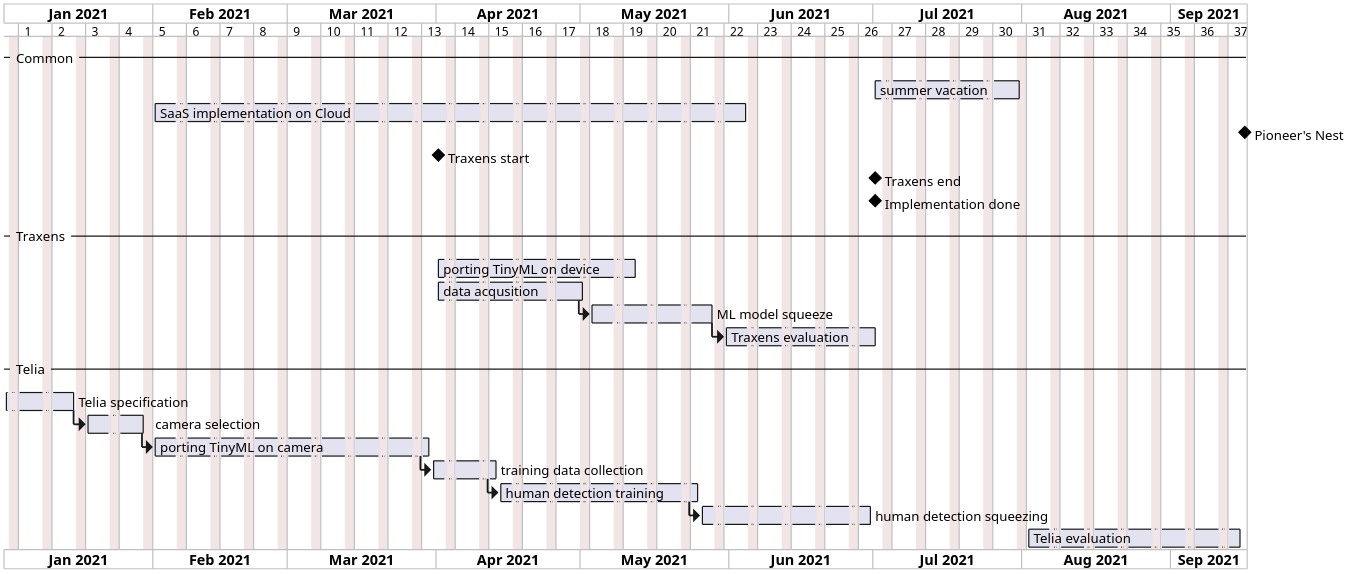
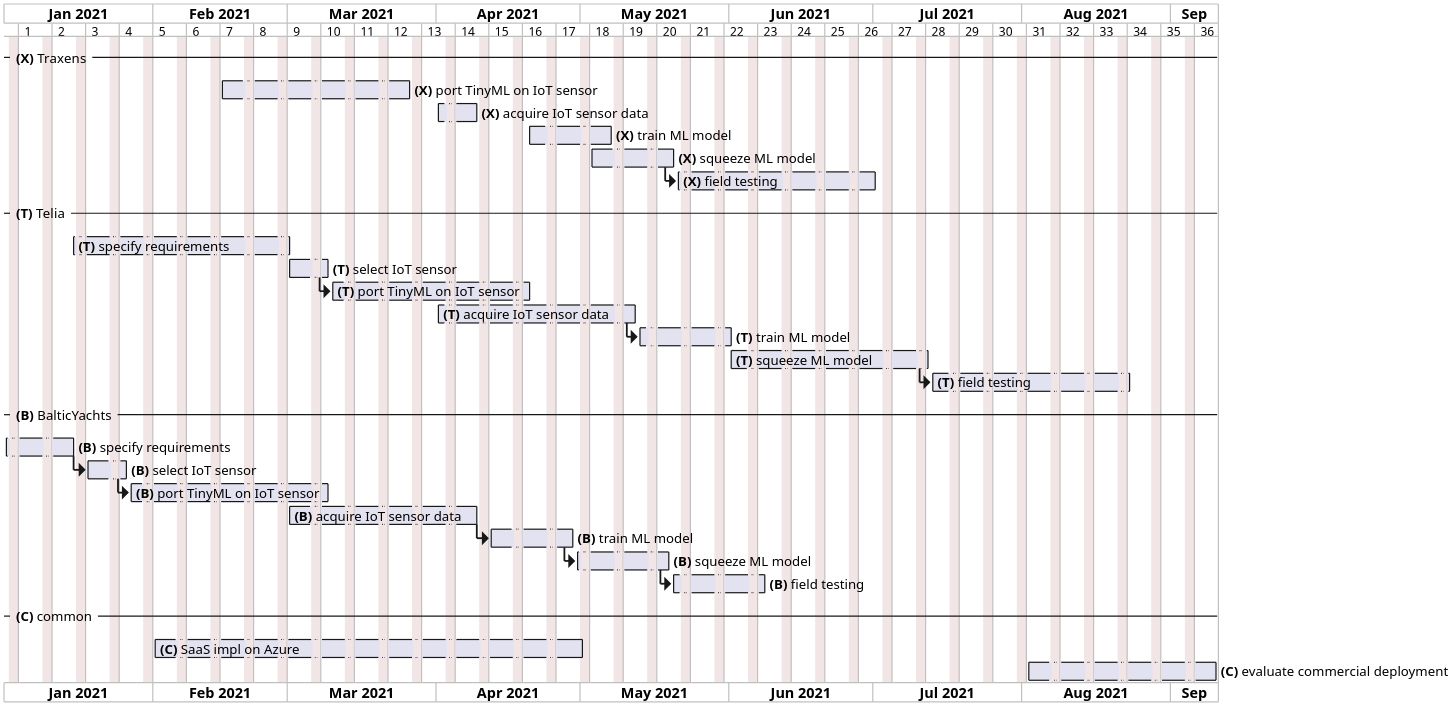
The diagram in gantt.puml (doyu/elc2019), drawn with PlantUML before and after one commit. The commit also changed 6 other files, not shown here.

```diff
--- a/gantt.puml
+++ b/gantt.puml
@@ -1,47 +1,39 @@
 @startgantt
 scale 3
 
 printscale weekly
 saturday are closed
 sunday are closed
 Project starts the 1st of january 2021
 
--- Common --
-[summer vacation] starts at 2021/7/1
-[summer vacation] ends at 2021/7/31
-[SaaS implementation on Cloud] starts at 2021/2/1
-[SaaS implementation on Cloud] lasts 90 days
-[Pioneer's Nest] happens at 2021/9/16
-[Traxens start] happens at 2021/4/1
-[Traxens end] happens at 2021/6/31
-[Implementation done] happens at 2021/6/31
+-- **(X)** Traxens --
+[**(X)** port TinyML on IoT sensor] starts at 2021/2/15 and lasts 30 days
+[**(X)** acquire IoT sensor data] starts at 2021/4/1 and lasts 7 days
+[**(X)** train ML model] starts at 2021/4/20 and lasts 14 days
+[**(X)** squeeze ML model] starts at 2021/5/1 and lasts 14 days
+[**(X)** field testing] starts at [**(X)** squeeze ML model]'s end and lasts 30 days
 
+-- **(T)** Telia --
+[**(T)** specify requirements] starts at 2021/1/15 and ends at 2021/3/1
+[**(T)** select IoT sensor] starts at 2021/3/1 and lasts 7 days
+[**(T)** port TinyML on IoT sensor] starts at [**(T)** select IoT sensor]'s end and lasts 30 days
+[**(T)** acquire IoT sensor data] starts at 2021/4/1 and lasts 30 days
+[**(T)** train ML model] starts at [**(T)** acquire IoT sensor data]'s end and lasts 14 days
+[**(T)** squeeze ML model] starts at 2021/6/1 and lasts 30 days
+[**(T)** field testing] starts at [**(T)** squeeze ML model]'s end and lasts 30 days
 
--- Traxens --
-[porting TinyML on device] starts at 2021/4/1
-[porting TinyML on device] lasts 30 days
-[data acqusition] starts at 2021/4/1
-[data acqusition] ends at 2021/4/31
-[ML model squeeze] starts at [data acqusition]'s end
-[ML model squeeze] lasts 20 days
+-- **(B)** BalticYachts --
+[**(B)** specify requirements] starts at 2020/12/15 and ends at 2021/1/15
+[**(B)** select IoT sensor] starts at [**(B)** specify requirements]'s end and lasts 7 days
+[**(B)** port TinyML on IoT sensor] starts at [**(B)** select IoT sensor]'s end and lasts 30 days
+[**(B)** acquire IoT sensor data] starts at 2021/3/1 and lasts 30 days
+[**(B)** train ML model] starts at [**(B)** acquire IoT sensor data]'s end and lasts 14 days
+[**(B)** squeeze ML model] starts at [**(B)** train ML model]'s end and lasts 14 days
+[**(B)** field testing] starts at [**(B)** squeeze ML model]'s end and lasts 14 days
 
-[Traxens evaluation] starts at [ML model squeeze]'s end
-[Traxens evaluation] ends at 2021/6/31
-
--- Telia --
-[Telia specification] starts at 2020/12/1
-[Telia specification] ends at 2021/1/15
-[camera selection] starts at [Telia specification]'s end
-[camera selection] ends at 2021/1/31
-[porting TinyML on camera] starts at [camera selection]'s end
-[porting TinyML on camera] ends at 2021/3/30
-[training data collection] starts at [porting TinyML on camera]'s end
-[training data collection] lasts 10 days
-[human detection training] starts at [training data collection]'s end
-[human detection training] lasts 30 days
-[human detection squeezing] starts at [human detection training]'s end
-[human detection squeezing] ends at 2021/6/30
-[Telia evaluation] starts at 2021/8/1
-[Telia evaluation] ends at 2021/9/15
+-- **(C)** common --
+[**(C)** SaaS impl on Azure] starts at 2021/2/1
+[**(C)** SaaS impl on Azure] ends at 2021/5/1
+[**(C)** evaluate commercial deployment] starts at 2021/8/1 and lasts 30 days
 
 @endgantt
```
